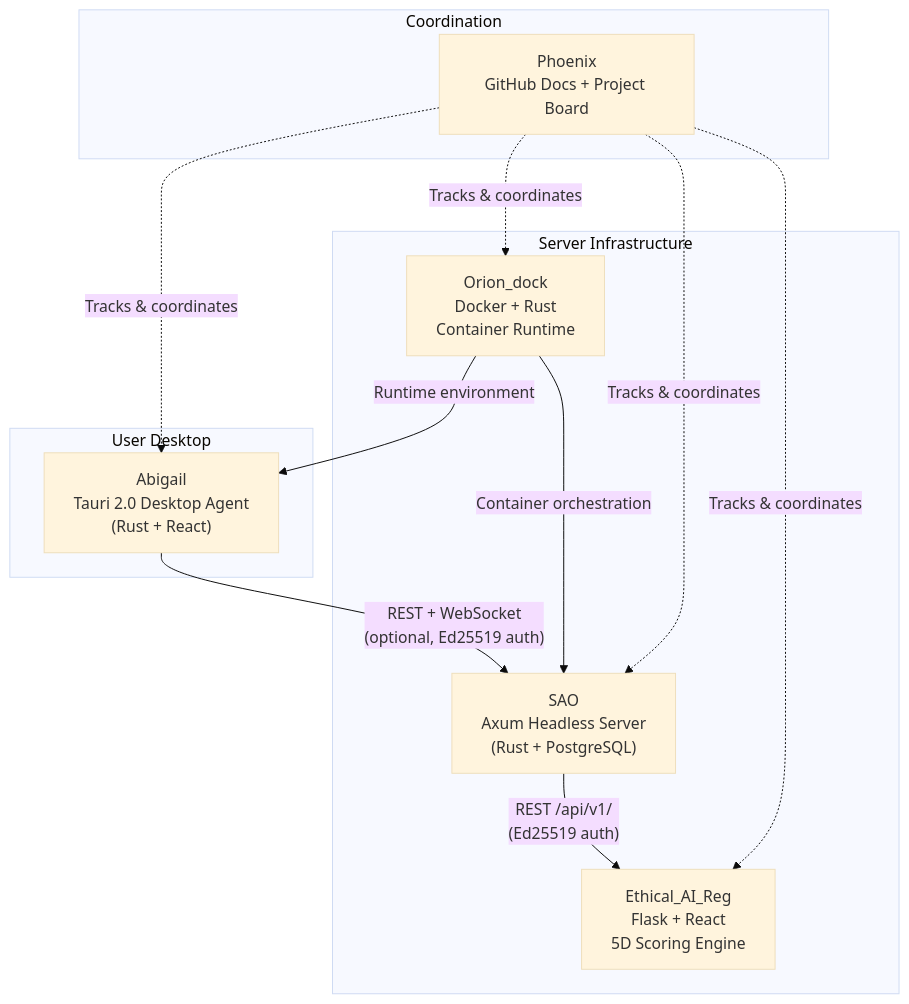
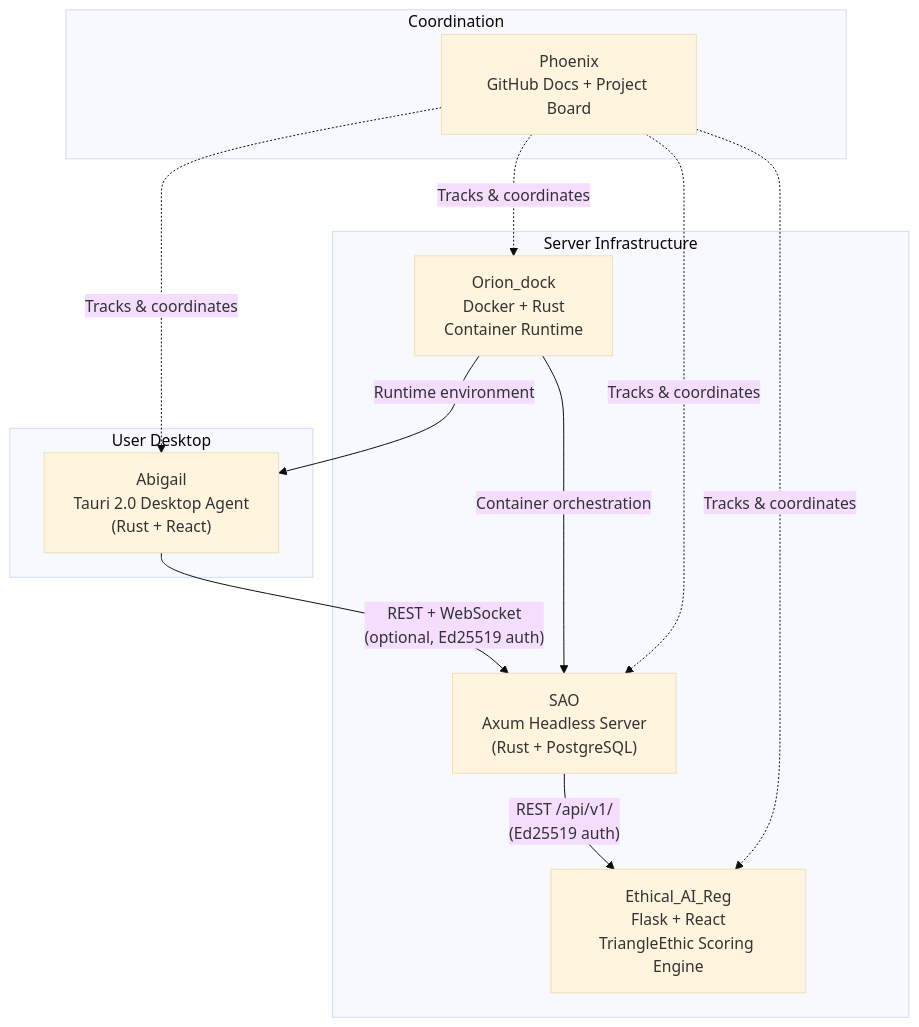
One commit to jbcupps/Phoenix changed the first of 2 diagrams in docs/ARCHITECTURE.md. Above: the diagram before and after it, drawn with Mermaid (base theme). The commit also changed other lines of this file and 9 other files, not shown here.

First line of the commit message:
docs: refactor ethical framework to TriangleEthic model

````diff
--- a/docs/ARCHITECTURE.md
+++ b/docs/ARCHITECTURE.md
@@ -9,25 +9,25 @@
 ```mermaid
 graph TD
     subgraph "User Desktop"
         Abigail["Abigail<br/>Tauri 2.0 Desktop Agent<br/>(Rust + React)"]
     end
 
     subgraph "Server Infrastructure"
         SAO["SAO<br/>Axum Headless Server<br/>(Rust + PostgreSQL)"]
-        EthReg["Ethical_AI_Reg<br/>Flask + React<br/>5D Scoring Engine"]
+        EthReg["Ethical_AI_Reg<br/>Flask + React<br/>TriangleEthic Scoring Engine"]
         Orion["Orion_dock<br/>Docker + Rust<br/>Container Runtime"]
     end
 
     subgraph "Coordination"
         Phoenix["Phoenix<br/>GitHub Docs + Project Board"]
     end
 
     Abigail -- "REST + WebSocket<br/>(optional, Ed25519 auth)" --> SAO
     SAO -- "REST /api/v1/<br/>(Ed25519 auth)" --> EthReg
     Orion -- "Container orchestration" --> SAO
     Orion -- "Runtime environment" --> Abigail
     Phoenix -. "Tracks & coordinates" .-> Abigail
     Phoenix -. "Tracks & coordinates" .-> SAO
     Phoenix -. "Tracks & coordinates" .-> EthReg
     Phoenix -. "Tracks & coordinates" .-> Orion
 ```
````
